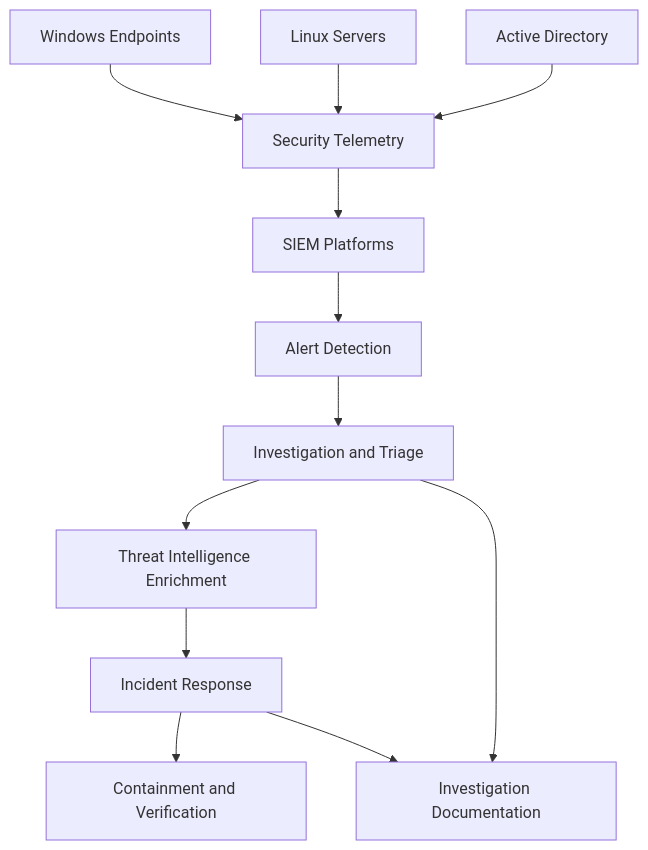
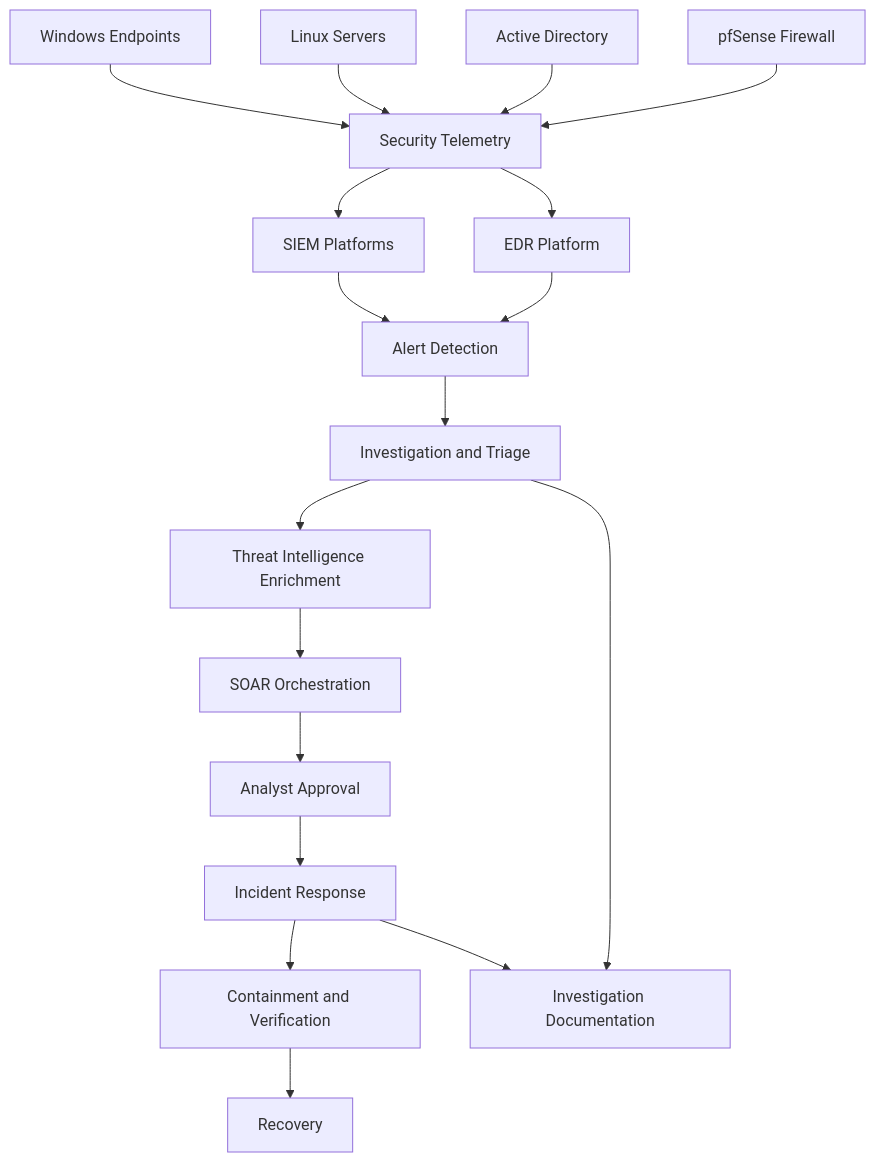
The diagram in README.md (Ohdele/SOC-Analyst), drawn with Mermaid before and after one commit. The commit also changed other lines of this file and 6 other files, not shown here.

Commit message:
Update SOC documentation and investigation register

````diff
--- a/README.md
+++ b/README.md
@@ -26,14 +26,20 @@
 ```mermaid
 flowchart TD
     A[Windows Endpoints] --> B[Security Telemetry]
     C[Linux Servers] --> B
     D[Active Directory] --> B
-    B --> E[SIEM Platforms]
-    E --> F[Alert Detection]
-    F --> G[Investigation and Triage]
-    G --> H[Threat Intelligence Enrichment]
-    H --> I[Incident Response]
-    I --> J[Containment and Verification]
-    G --> K[Investigation Documentation]
-    I --> K
+    E[pfSense Firewall] --> B
+    B --> F[SIEM Platforms]
+    B --> G[EDR Platform]
+    F --> H[Alert Detection]
+    G --> H
+    H --> I[Investigation and Triage]
+    I --> J[Threat Intelligence Enrichment]
+    J --> K[SOAR Orchestration]
+    K --> L[Analyst Approval]
+    L --> M[Incident Response]
+    M --> N[Containment and Verification]
+    N --> O[Recovery]
+    I --> P[Investigation Documentation]
+    M --> P
 ```
````
